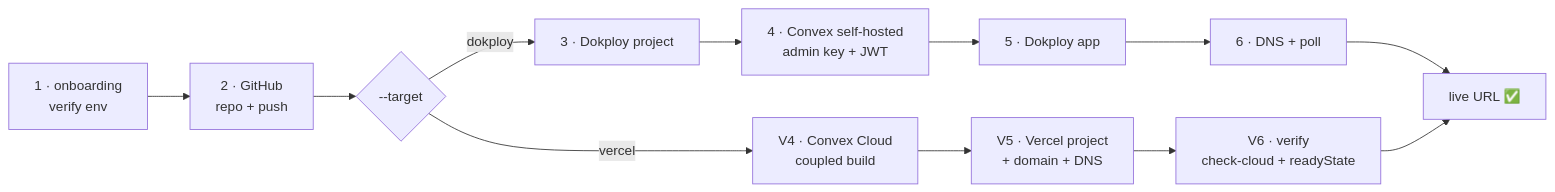
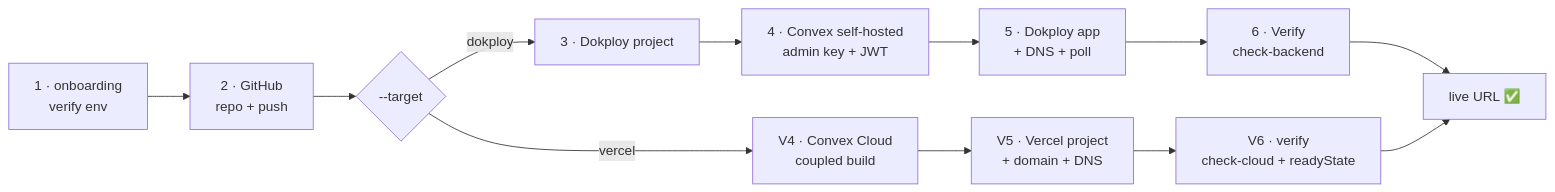
One commit to rahmanef63/si-coder-agent changed the diagram in skills/sc-all/SKILL.md. Above: the diagram before and after it, drawn with Mermaid. The commit also changed other lines of this file and 22 other files, not shown here.

````diff
--- a/skills/sc-all/SKILL.md
+++ b/skills/sc-all/SKILL.md
@@ -10,14 +10,14 @@
 ```mermaid
 flowchart LR
     P1["1 · onboarding<br/>verify env"] --> P2["2 · GitHub<br/>repo + push"]
     P2 --> T{"--target"}
     T -->|dokploy| D3["3 · Dokploy project"]
     D3 --> D4["4 · Convex self-hosted<br/>admin key + JWT"]
-    D4 --> D5["5 · Dokploy app"]
-    D5 --> D6["6 · DNS + poll"]
+    D4 --> D5["5 · Dokploy app<br/>+ DNS + poll"]
+    D5 --> D6["6 · Verify<br/>check-backend"]
     D6 --> Live["live URL ✅"]
     T -->|vercel| V4["V4 · Convex Cloud<br/>coupled build"]
     V4 --> V5["V5 · Vercel project<br/>+ domain + DNS"]
     V5 --> V6["V6 · verify<br/>check-cloud + readyState"]
     V6 --> Live
 ```
````
